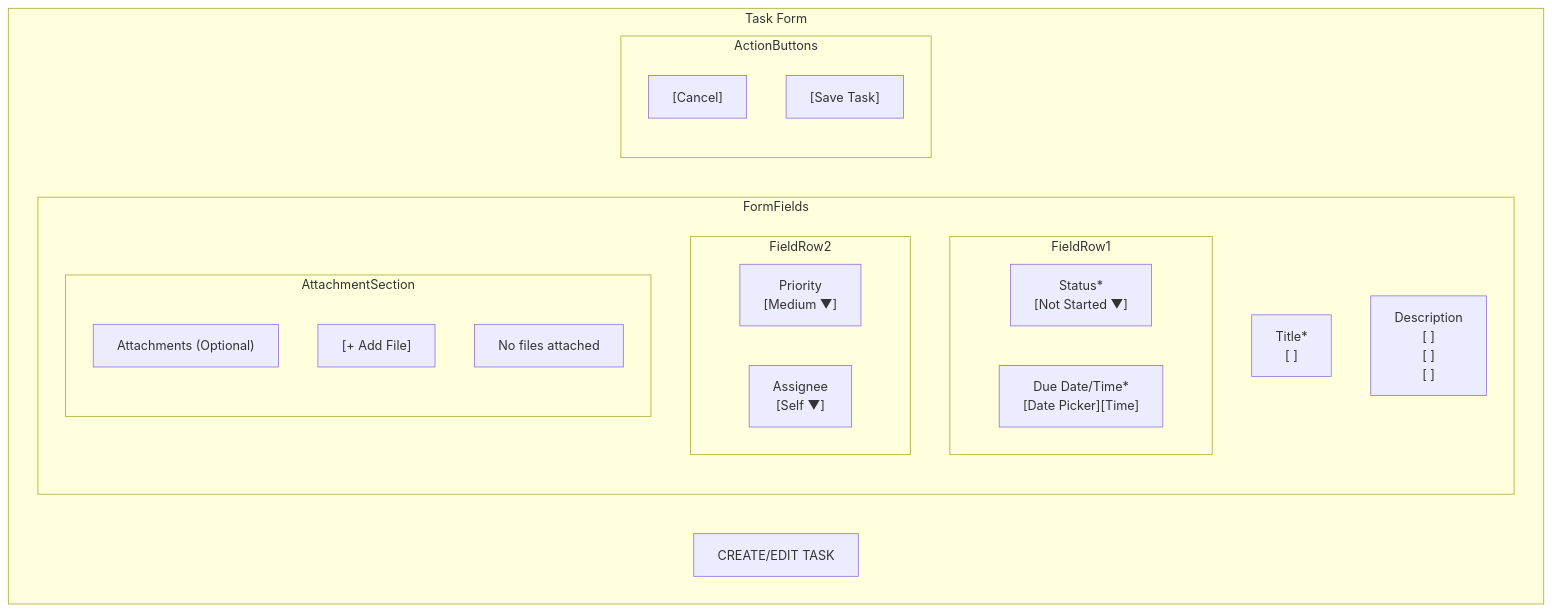
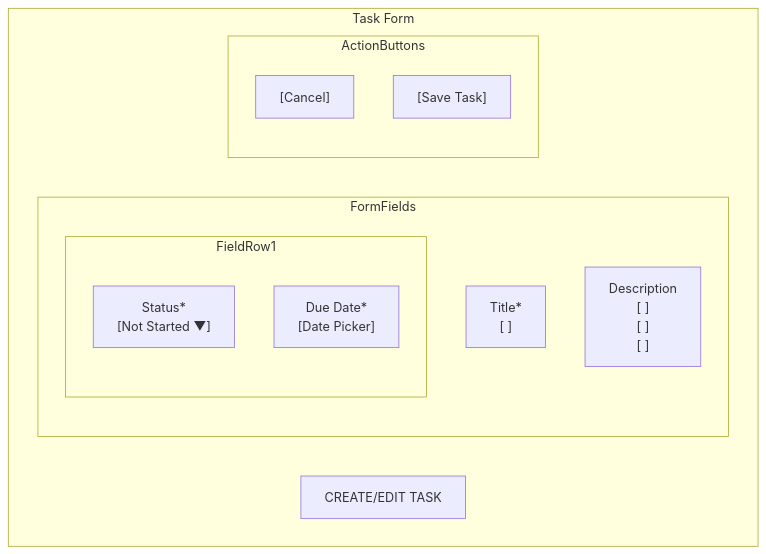
One commit to f3mi/DTS-developer-challenge changed the first of 3 diagrams in docs/wireframes/tms-wireframe-task-form-v1.md. Above: the diagram before and after it, drawn with Mermaid. The commit also changed other lines of this file and 8 other files, not shown here.

````diff
--- a/docs/wireframes/tms-wireframe-task-form-v1.md
+++ b/docs/wireframes/tms-wireframe-task-form-v1.md
@@ -7,43 +7,29 @@
 ```mermaid
 graph TD
     subgraph TaskForm["Task Form"]
         Header["CREATE/EDIT TASK"]
         
         subgraph FormFields
             TitleField["Title*
             [                                              ]"]
             
             DescField["Description
             [                                              ]
             [                                              ]
             [                                              ]"]
             
             subgraph FieldRow1
                 StatusField["Status*
                 [Not Started ▼]"]
                 
-                DueDateField["Due Date/Time*
-                [Date Picker][Time]"]
-            end
-            
-            subgraph FieldRow2
-                PriorityField["Priority
-                [Medium ▼]"]
-                
-                AssigneeField["Assignee
-                [Self ▼]"]
-            end
-            
-            subgraph AttachmentSection
-                AttachLabel["Attachments (Optional)"]
-                UploadBtn["[+ Add File]"]
-                FileList["No files attached"]
+                DueDateField["Due Date*
+                [Date Picker]"]
             end
         end
         
         subgraph ActionButtons
             CancelBtn["[Cancel]"]
             SaveBtn["[Save Task]"]
         end
     end
 ```
````
